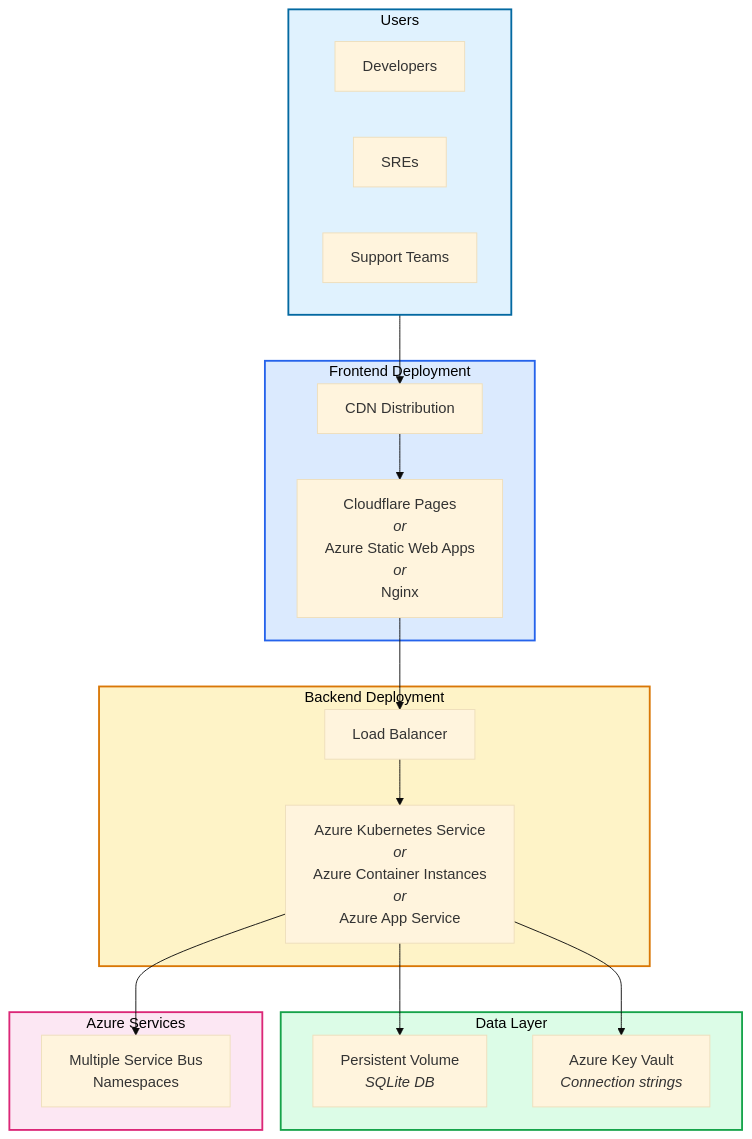
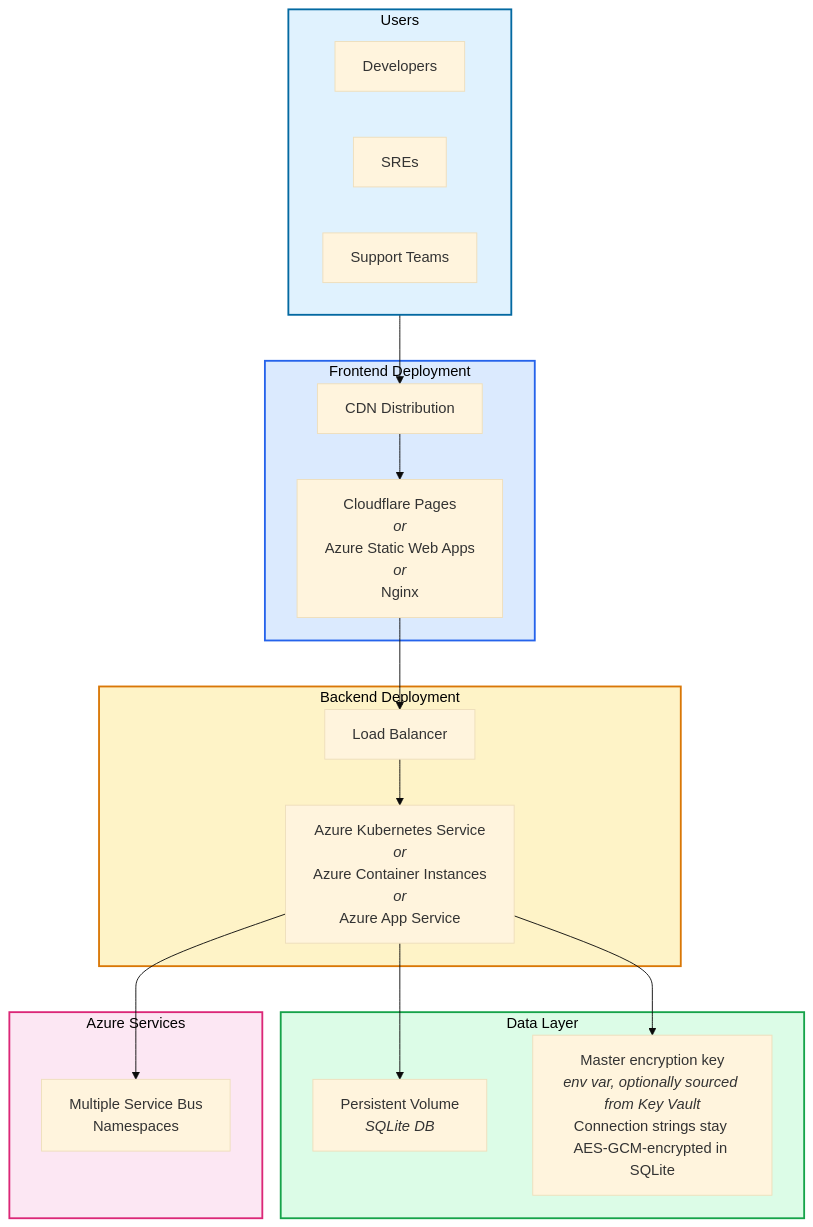
One commit to debdevops/servicehub changed diagram 12 of 13 in docs/COMPREHENSIVE-GUIDE.md. Above: the diagram before and after it, drawn with Mermaid. The commit also changed other lines of this file and 9 other files, not shown here.

First line of the commit message:
Enhance documentation and security measures; refactor architecture for multi-cloud support

````diff
--- a/docs/COMPREHENSIVE-GUIDE.md
+++ b/docs/COMPREHENSIVE-GUIDE.md
@@ -989,42 +1004,42 @@
 ```mermaid
 %%{init: {'theme':'base', 'themeVariables': { 'fontSize':'16px'}}}%%
 graph TB
     subgraph Users["Users"]
         DEV["Developers"]
         SRE["SREs"]
         SUPPORT["Support Teams"]
     end
     
     subgraph Frontend["Frontend Deployment"]
         CF["Cloudflare Pages<br/><i>or</i><br/>Azure Static Web Apps<br/><i>or</i><br/>Nginx"]
         CDN["CDN Distribution"]
     end
     
     subgraph Backend["Backend Deployment"]
         AKS["Azure Kubernetes Service<br/><i>or</i><br/>Azure Container Instances<br/><i>or</i><br/>Azure App Service"]
         LB["Load Balancer"]
     end
     
     subgraph Data["Data Layer"]
         PV["Persistent Volume<br/><i>SQLite DB</i>"]
-        SECRETS["Azure Key Vault<br/><i>Connection strings</i>"]
+        SECRETS["Master encryption key<br/><i>env var, optionally sourced from Key Vault</i><br/>Connection strings stay AES-GCM-encrypted in SQLite"]
     end
     
     subgraph Azure["Azure Services"]
         ASB["Multiple Service Bus<br/>Namespaces"]
     end
     
     Users --> CDN
     CDN --> CF
     CF --> LB
     LB --> AKS
     AKS --> PV
     AKS --> SECRETS
     AKS --> ASB
     
     style Users fill:#e0f2fe,stroke:#0369a1,stroke-width:2px,color:#000
     style Frontend fill:#dbeafe,stroke:#2563eb,stroke-width:2px,color:#000
     style Backend fill:#fef3c7,stroke:#d97706,stroke-width:2px,color:#000
     style Data fill:#dcfce7,stroke:#16a34a,stroke-width:2px,color:#000
     style Azure fill:#fce7f3,stroke:#db2777,stroke-width:2px,color:#000
 ```
````
